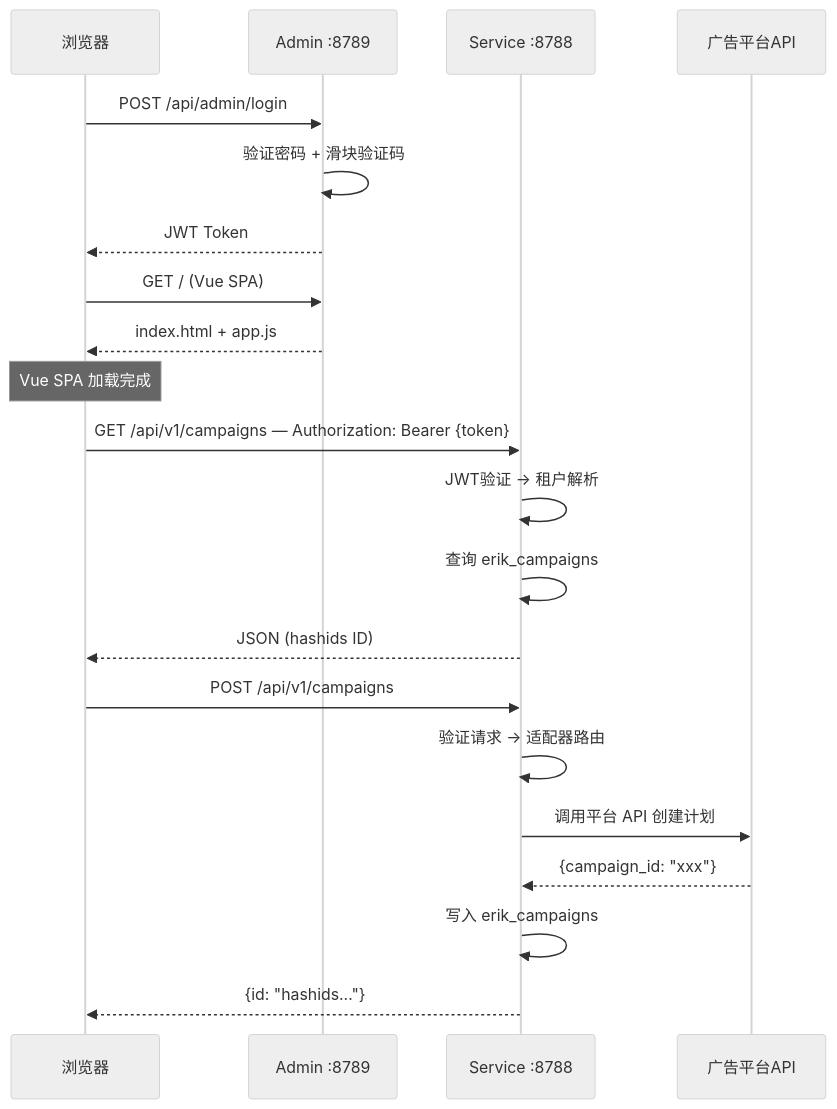
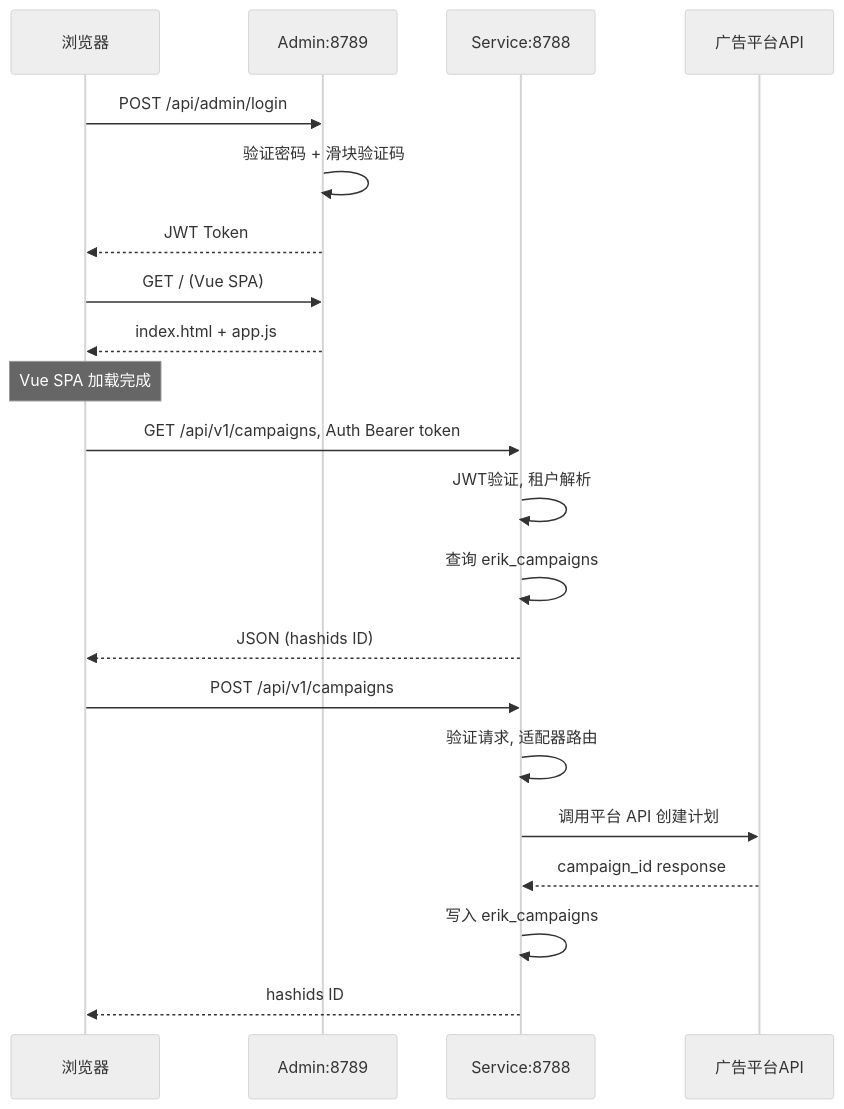
One commit to erikwang2013/ads-php changed the third of 8 diagrams in docs/superpowers/specs/2026-05-14-ads-platform-design.md. Above: the diagram before and after it, drawn with Mermaid (neutral theme). The commit also changed other lines of this file and 1 other file, not shown here.

First line of the commit message:
fix: remove all special chars from Mermaid labels for GitHub rendering

````diff
--- a/docs/superpowers/specs/2026-05-14-ads-platform-design.md
+++ b/docs/superpowers/specs/2026-05-14-ads-platform-design.md
@@ -687,28 +687,28 @@
 ```mermaid
 sequenceDiagram
     participant Browser as 浏览器
-    participant Admin as Admin :8789
-    participant Service as Service :8788
+    participant Admin as Admin:8789
+    participant Service as Service:8788
     participant Platform as 广告平台API
 
     Browser->>Admin: POST /api/admin/login
     Admin->>Admin: 验证密码 + 滑块验证码
     Admin-->>Browser: JWT Token
 
     Browser->>Admin: GET / (Vue SPA)
     Admin-->>Browser: index.html + app.js
 
     Note over Browser: Vue SPA 加载完成
 
-    Browser->>Service: GET /api/v1/campaigns — Authorization: Bearer {token}
-    Service->>Service: JWT验证 → 租户解析
+    Browser->>Service: GET /api/v1/campaigns, Auth Bearer token
+    Service->>Service: JWT验证, 租户解析
     Service->>Service: 查询 erik_campaigns
     Service-->>Browser: JSON (hashids ID)
 
     Browser->>Service: POST /api/v1/campaigns
-    Service->>Service: 验证请求 → 适配器路由
+    Service->>Service: 验证请求, 适配器路由
     Service->>Platform: 调用平台 API 创建计划
-    Platform-->>Service: {campaign_id: "xxx"}
+    Platform-->>Service: campaign_id response
     Service->>Service: 写入 erik_campaigns
-    Service-->>Browser: {id: "hashids..."}
+    Service-->>Browser: hashids ID
 ```
````
